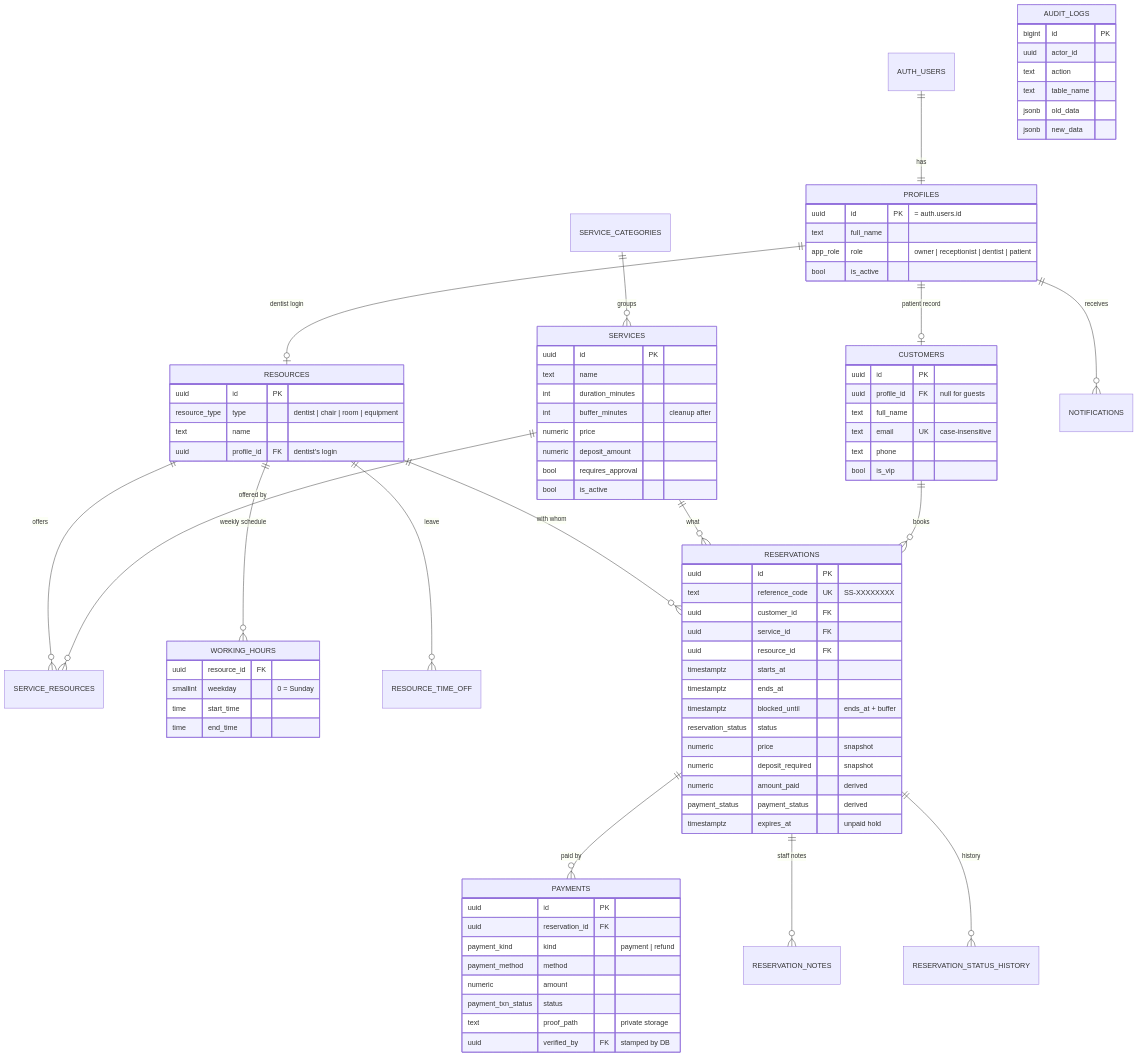
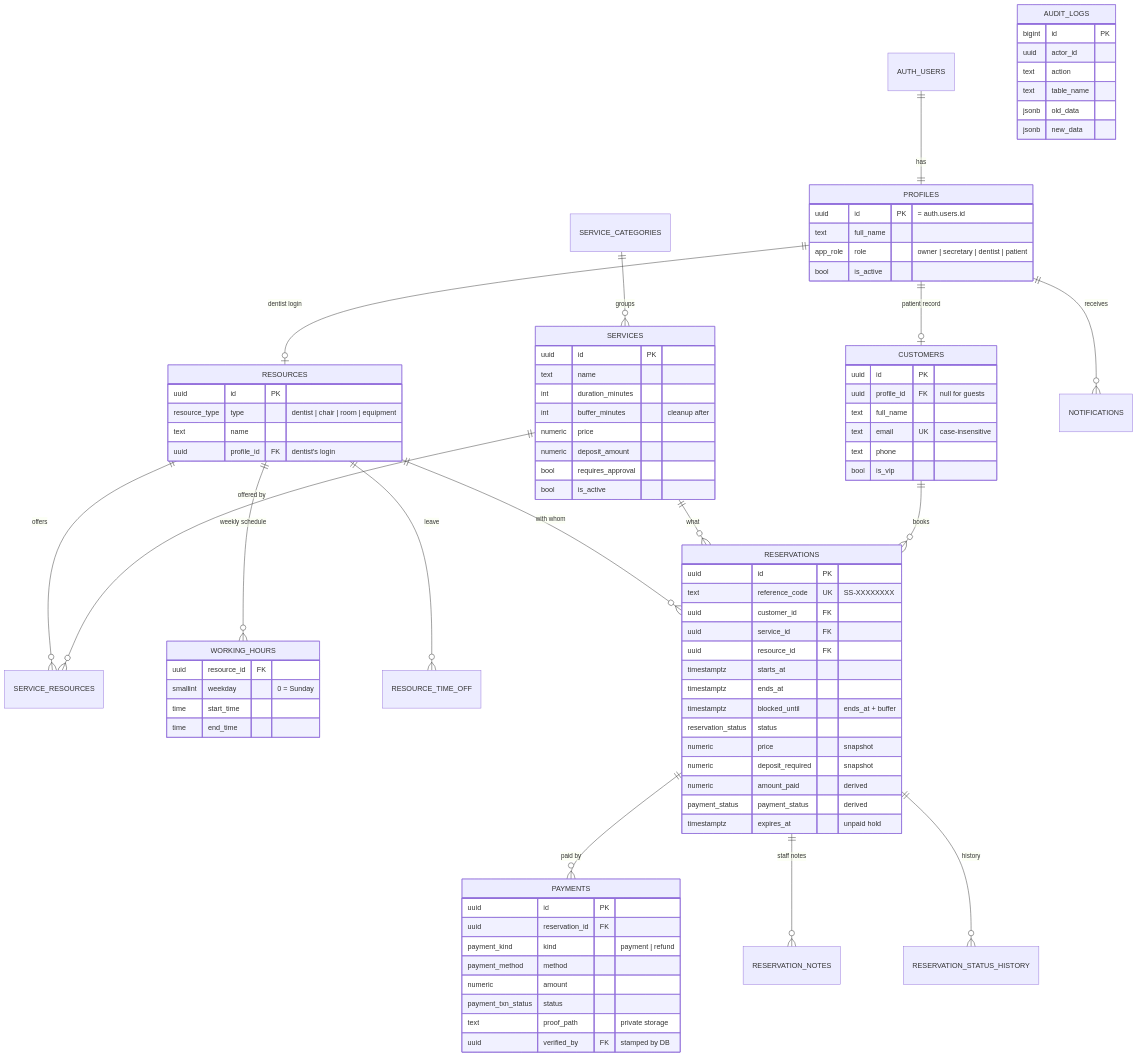
Before and after one commit to angeloufiel/smileslot: the first of 2 diagrams in docs/DATABASE.md, drawn with Mermaid. The commit also changed 17 other files, not shown here.

First line of the commit message:
Rename the receptionist role to secretary

```diff
--- a/docs/DATABASE.md
+++ b/docs/DATABASE.md
@@ -33,7 +33,7 @@
   PROFILES {
     uuid id PK "= auth.users.id"
     text full_name
-    app_role role "owner | receptionist | dentist | patient"
+    app_role role "owner | secretary | dentist | patient"
     bool is_active
   }
   CUSTOMERS {
```
